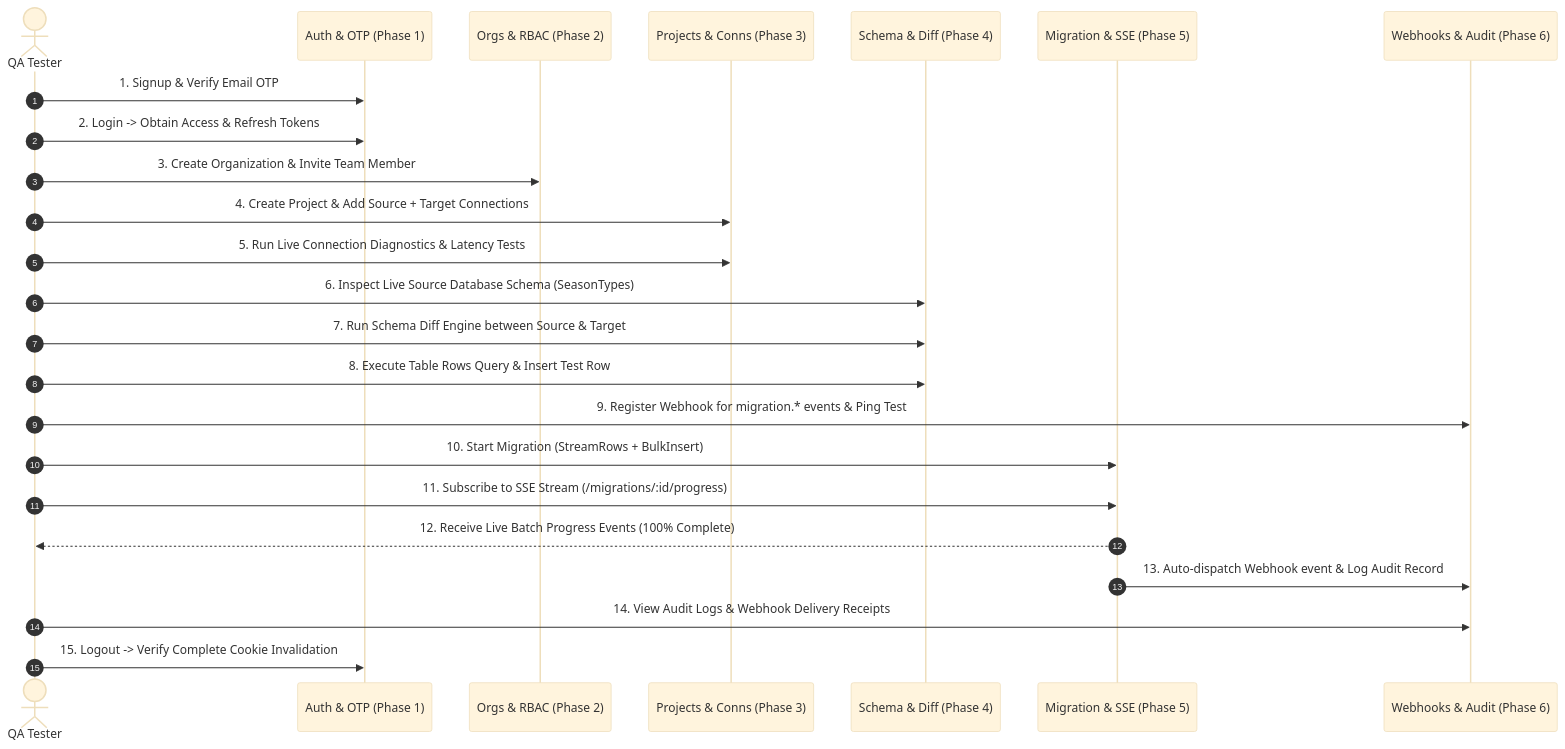
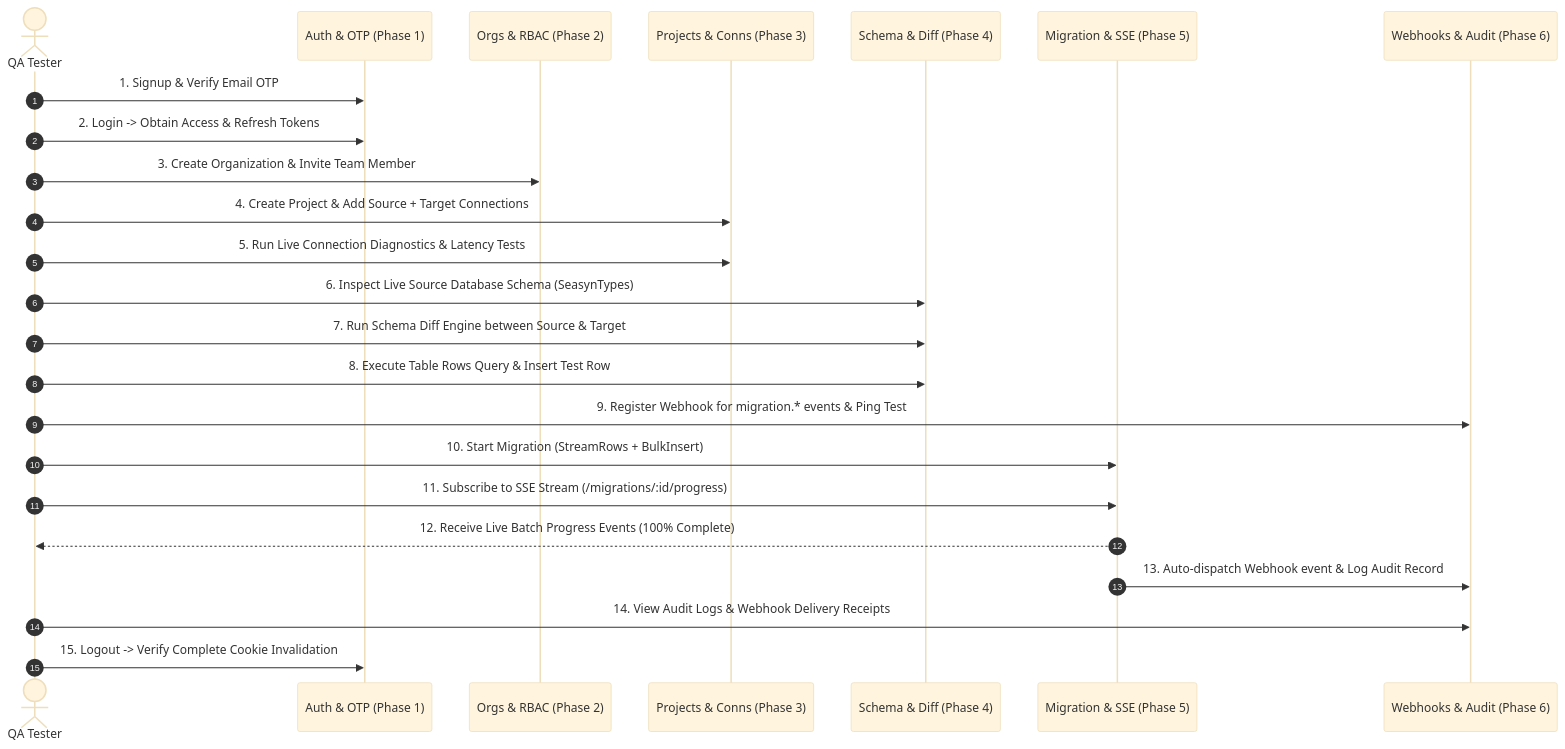
One commit to Prince-695/seasyn changed the diagram in Docs/testing/Master_QA_Manual.md. Above: the diagram before and after it, drawn with Mermaid (base theme). The commit also changed other lines of this file and 8 other files, not shown here.

Commit message:
docs: update system architecture references and diagrams to SeasynType

````diff
--- a/Docs/testing/Master_QA_Manual.md
+++ b/Docs/testing/Master_QA_Manual.md
@@ -43,27 +43,27 @@
 ```mermaid
 sequenceDiagram
     autonumber
     actor QA as QA Tester
     participant Auth as Auth & OTP (Phase 1)
     participant Org as Orgs & RBAC (Phase 2)
     participant Proj as Projects & Conns (Phase 3)
     participant Schema as Schema & Diff (Phase 4)
     participant Mig as Migration & SSE (Phase 5)
     participant Hook as Webhooks & Audit (Phase 6)
 
     QA->>Auth: 1. Signup & Verify Email OTP
     QA->>Auth: 2. Login -> Obtain Access & Refresh Tokens
     QA->>Org: 3. Create Organization & Invite Team Member
     QA->>Proj: 4. Create Project & Add Source + Target Connections
     QA->>Proj: 5. Run Live Connection Diagnostics & Latency Tests
-    QA->>Schema: 6. Inspect Live Source Database Schema (SeasonTypes)
+    QA->>Schema: 6. Inspect Live Source Database Schema (SeasynTypes)
     QA->>Schema: 7. Run Schema Diff Engine between Source & Target
     QA->>Schema: 8. Execute Table Rows Query & Insert Test Row
     QA->>Hook: 9. Register Webhook for migration.* events & Ping Test
     QA->>Mig: 10. Start Migration (StreamRows + BulkInsert)
     QA->>Mig: 11. Subscribe to SSE Stream (/migrations/:id/progress)
     Mig-->>QA: 12. Receive Live Batch Progress Events (100% Complete)
     Mig->>Hook: 13. Auto-dispatch Webhook event & Log Audit Record
     QA->>Hook: 14. View Audit Logs & Webhook Delivery Receipts
     QA->>Auth: 15. Logout -> Verify Complete Cookie Invalidation
 ```
````
